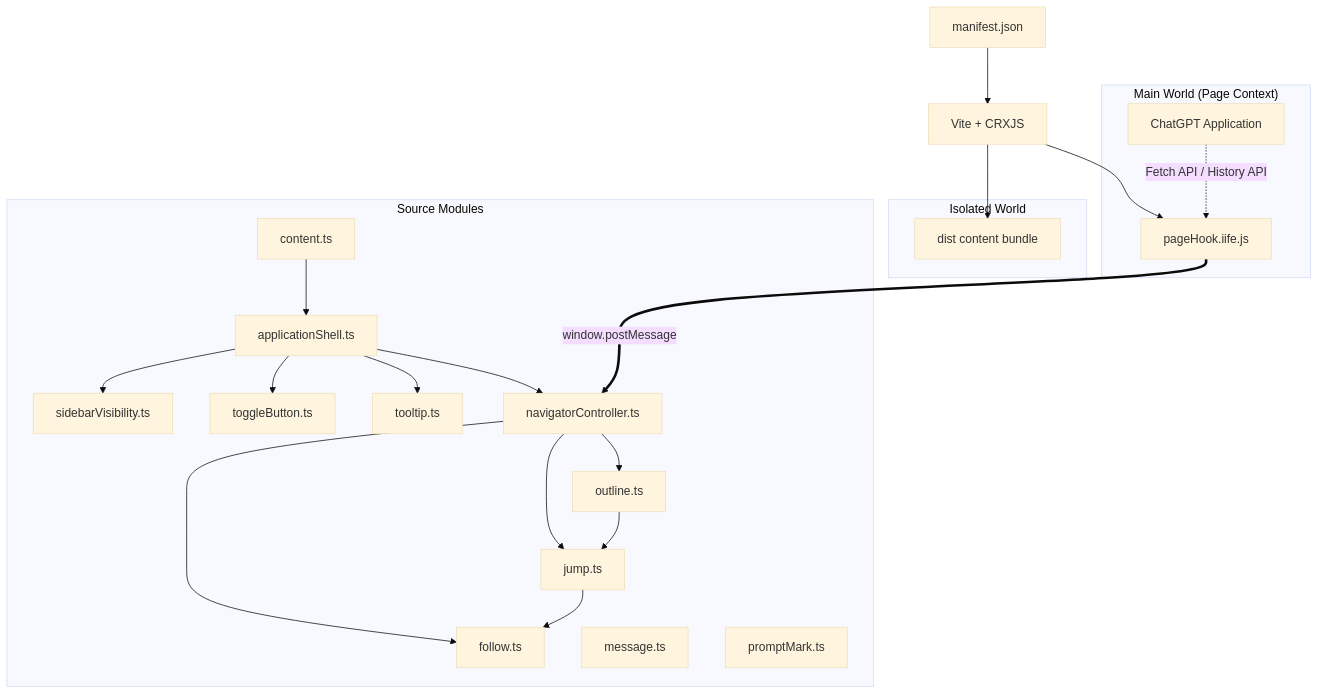
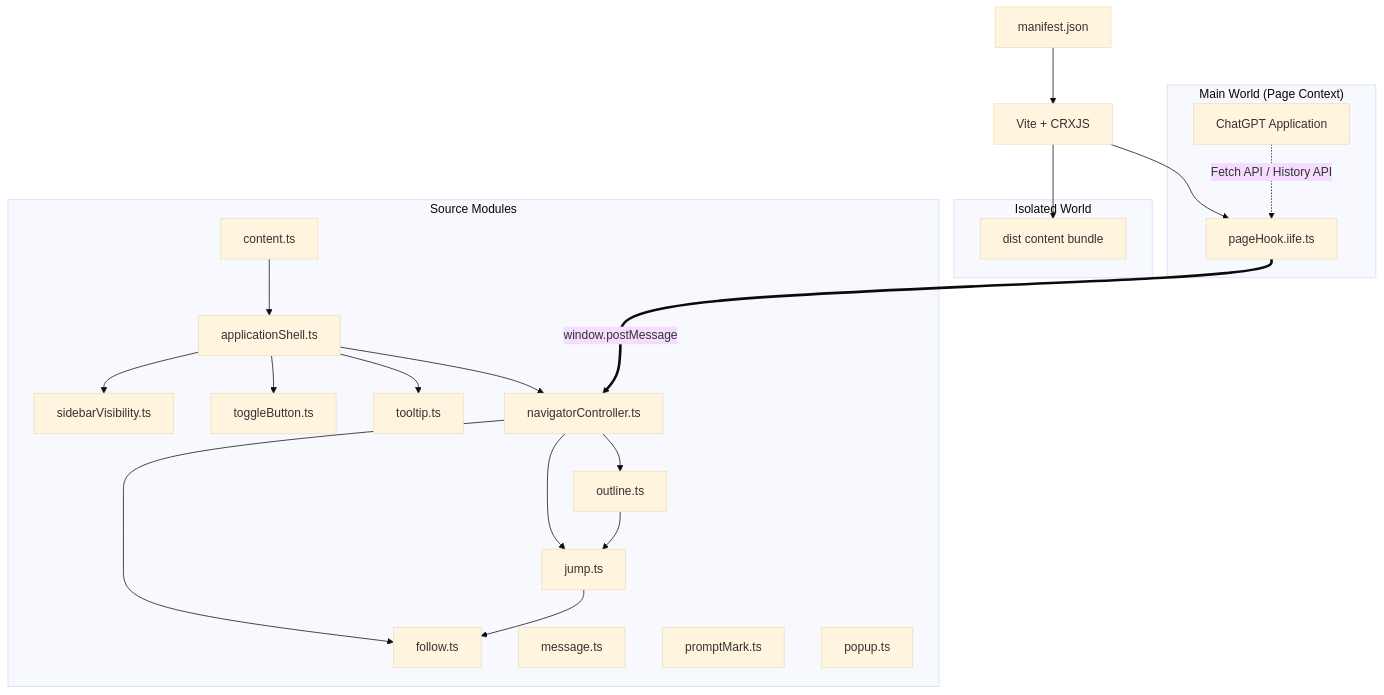
One commit to Leo7805/luna-toc changed the diagram in docs/ARCHITECTURE.md. Above: the diagram before and after it, drawn with Mermaid (base theme). The commit also changed other lines of this file and 7 other files, not shown here.

````diff
--- a/docs/ARCHITECTURE.md
+++ b/docs/ARCHITECTURE.md
@@ -15,44 +15,45 @@
 ```mermaid
 graph TD
     manifest[manifest.json]
     vite[Vite + CRXJS]
 
     subgraph sourceModules["Source Modules"]
         content[content.ts]
         outline[outline.ts]
         follow[follow.ts]
         jump[jump.ts]
         msg[message.ts]
         mark[promptMark.ts]
         vis[sidebarVisibility.ts]
         btn[toggleButton.ts]
         tip[tooltip.ts]
         navigator[navigatorController.ts]
         shell[applicationShell.ts]
+        popup[popup.ts]
     end
 
     subgraph isolatedWorld["Isolated World"]
         contentBundle[dist content bundle]
     end
 
     subgraph mainWorld["Main World (Page Context)"]
-        hook[pageHook.iife.js]
+        hook[pageHook.iife.ts]
         chatgpt[ChatGPT Application]
     end
 
     manifest --> vite
     content --> shell
     shell --> navigator
     shell --> vis
     shell --> btn
     shell --> tip
     navigator --> outline
     navigator --> jump
     navigator --> follow
     outline --> jump
     jump --> follow
     vite --> contentBundle
     vite --> hook
     hook ===>|window.postMessage| navigator
     chatgpt -.->|Fetch API / History API| hook
 ```
````
